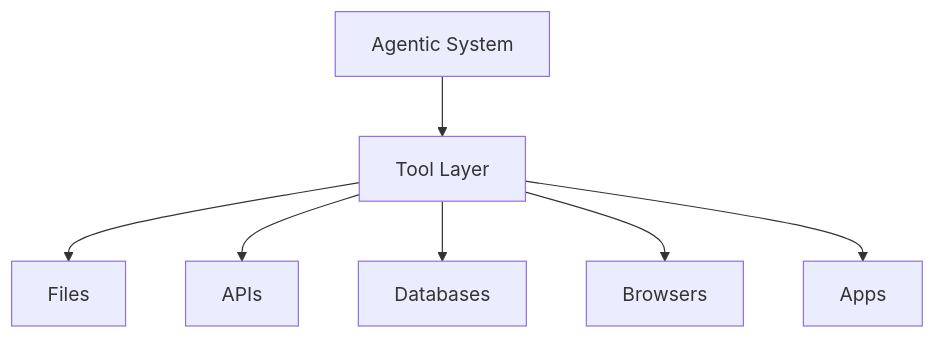
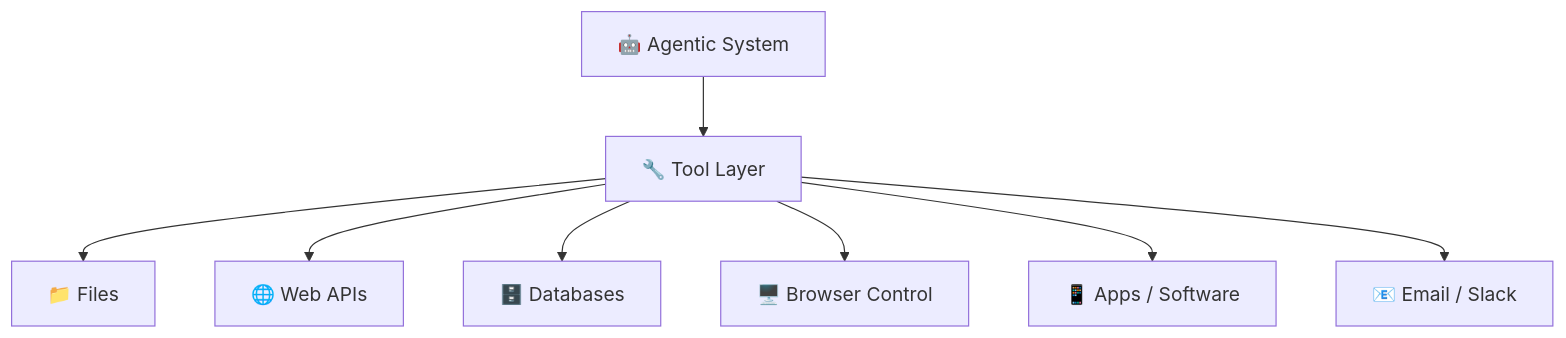
The tenth of 15 diagrams in docs/ai/Agentic_AI_Guide.md (Sameer-Malik20/SusaGPT-Build-LLM-From-Scratch-With-Hinglish-Learning-Material), drawn with Mermaid before and after one commit. The commit also changed other lines of this file and 10 other files, not shown here.

````diff
--- a/docs/ai/Agentic_AI_Guide.md
+++ b/docs/ai/Agentic_AI_Guide.md
@@ -207,9 +246,10 @@
 ```mermaid
 flowchart TD
-    A[Agentic System] --> B[Tool Layer]
-    B --> C[Files]
-    B --> D[APIs]
-    B --> E[Databases]
-    B --> F[Browsers]
-    B --> G[Apps]
+    A["🤖 Agentic System"] --> B["🔧 Tool Layer"]
+    B --> C["📁 Files"]
+    B --> D["🌐 Web APIs"]
+    B --> E["🗄️ Databases"]
+    B --> F["🖥️ Browser Control"]
+    B --> G["📱 Apps / Software"]
+    B --> H["📧 Email / Slack"]
 ```
````
